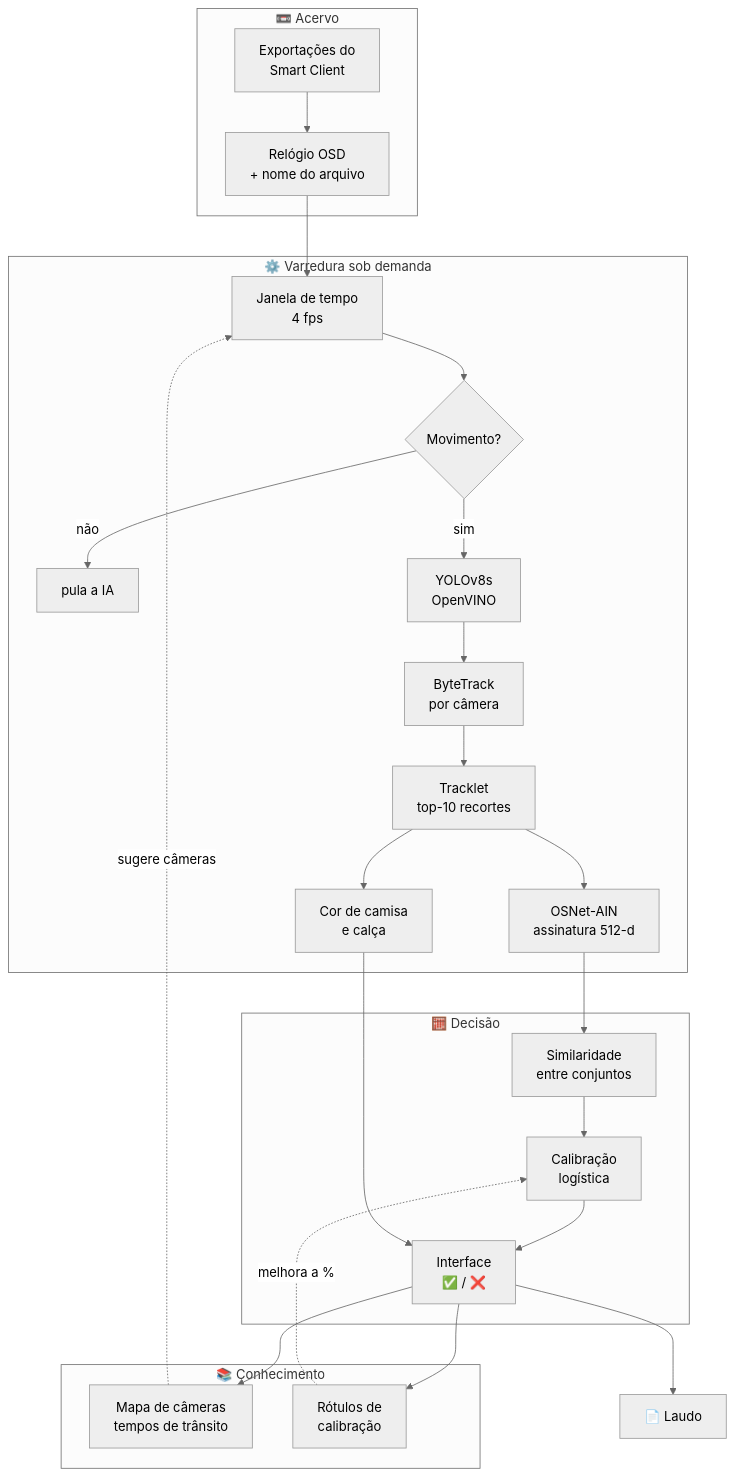
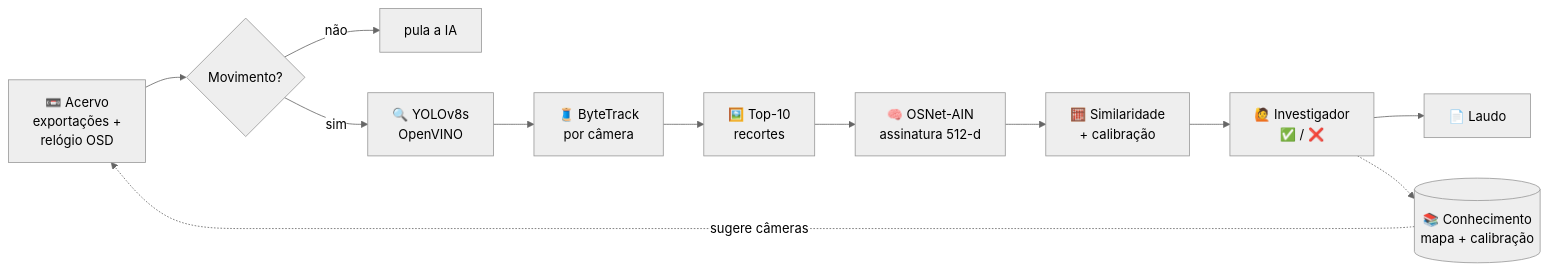
One commit to MAD-Dcoder/Sentinel-Trace changed the second of 2 diagrams in README.md. Above: the diagram before and after it, drawn with Mermaid (neutral theme). The commit also changed other lines of this file, not shown here.

Commit message:
docs: diagramas do README mais compactos

````diff
--- a/README.md
+++ b/README.md
@@ -103,29 +100,14 @@
 ```mermaid
-flowchart TB
-    subgraph IN["📼 Acervo"]
-        V["Exportações do<br/>Smart Client"] --> O["Relógio OSD<br/>+ nome do arquivo"]
-    end
-    subgraph SCAN["⚙️ Varredura sob demanda"]
-        W["Janela de tempo<br/>4 fps"] --> M{"Movimento?"}
-        M -- não --> SKIP["pula a IA"]
-        M -- sim --> DET["YOLOv8s<br/>OpenVINO"]
-        DET --> TRK["ByteTrack<br/>por câmera"]
-        TRK --> TL["Tracklet<br/>top-10 recortes"]
-        TL --> REID["OSNet-AIN<br/>assinatura 512-d"]
-        TL --> ATT["Cor de camisa<br/>e calça"]
-    end
-    subgraph MATCH["🧮 Decisão"]
-        REID --> SS["Similaridade<br/>entre conjuntos"]
-        SS --> CAL["Calibração<br/>logística"]
-        CAL --> UI["Interface<br/>✅ / ❌"]
-    end
-    subgraph KNOW["📚 Conhecimento"]
-        UI --> TOPO["Mapa de câmeras<br/>tempos de trânsito"]
-        UI --> LAB["Rótulos de<br/>calibração"]
-    end
-    O --> W
-    ATT --> UI
-    TOPO -. sugere câmeras .-> W
-    LAB -. melhora a % .-> CAL
+flowchart LR
+    V["📼 Acervo<br/>exportações +<br/>relógio OSD"] --> M{"Movimento?"}
+    M -- "não" --> X["pula a IA"]
+    M -- "sim" --> DET["🔍 YOLOv8s<br/>OpenVINO"]
+    DET --> TRK["🧵 ByteTrack<br/>por câmera"]
+    TRK --> TL["🖼️ Top-10<br/>recortes"]
+    TL --> REID["🧠 OSNet-AIN<br/>assinatura 512-d"]
+    REID --> CAL["🧮 Similaridade<br/>+ calibração"]
+    CAL --> UI["🙋 Investigador<br/>✅ / ❌"]
     UI --> REP["📄 Laudo"]
+    UI -.-> K[("📚 Conhecimento<br/>mapa + calibração")]
+    K -. "sugere câmeras" .-> V
 ```
````
